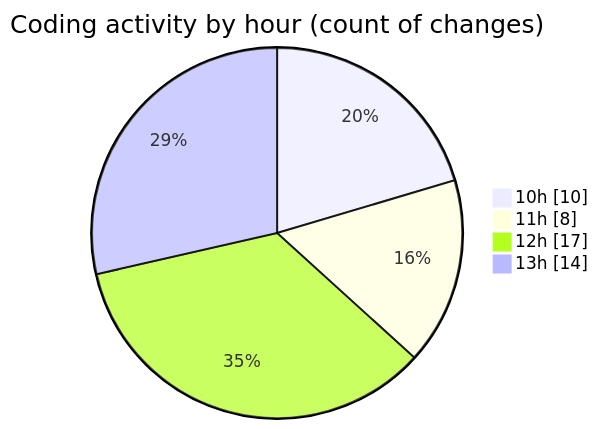
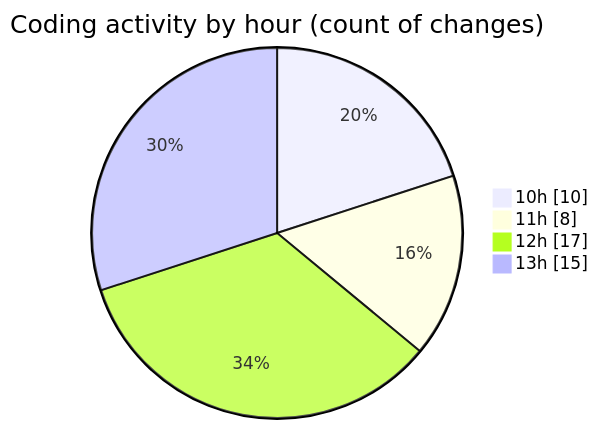
One commit to momahboobian/code-tracking changed the second of 2 diagrams in 2025-12-03/cda/README.md. Above: the diagram before and after it, drawn with Mermaid. The commit also changed other lines of this file and 1 other file, not shown here.

````diff
--- a/2025-12-03/cda/README.md
+++ b/2025-12-03/cda/README.md
@@ -42,8 +43,8 @@
 ```mermaid
 pie showData
 title Coding activity by hour (count of changes)
 "10h" : 10
 "11h" : 8
 "12h" : 17
-"13h" : 14
+"13h" : 15
 ```
````
